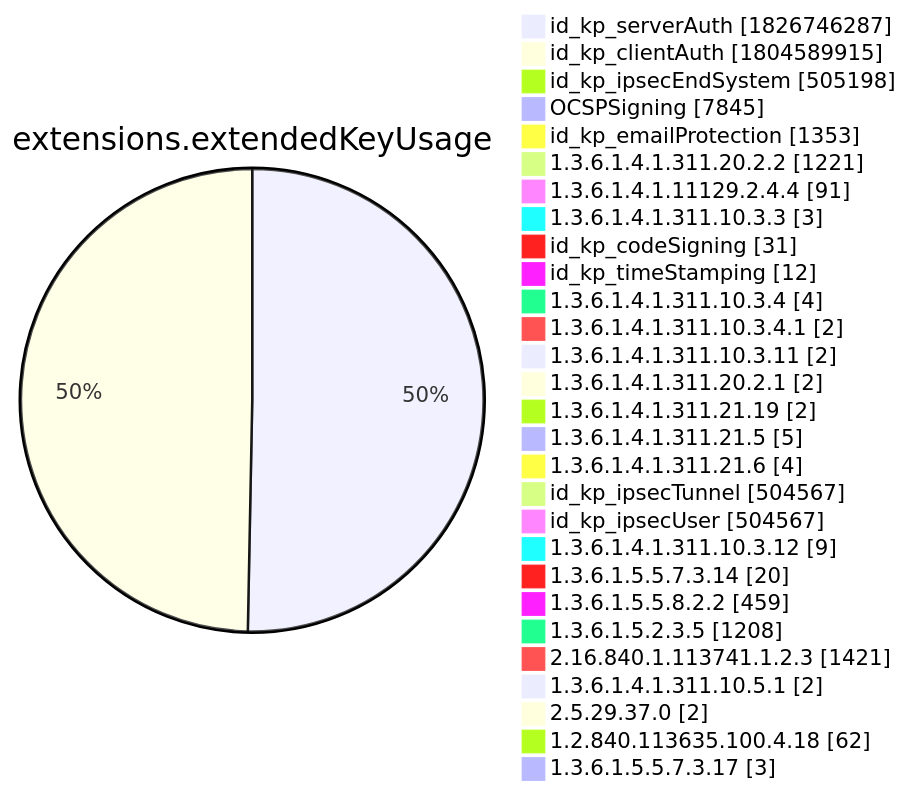
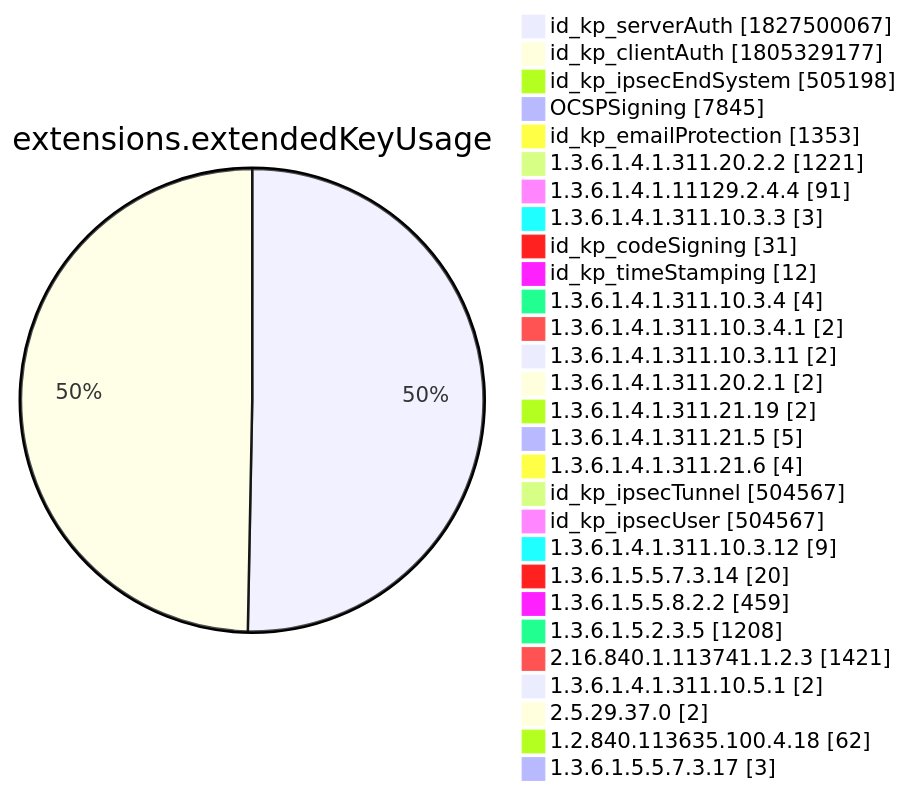
Before and after one commit to christiankrug/ctmonitor_visualization: diagram 12 of 15 in xenon2022/README.md, drawn with Mermaid. The commit also changed other lines of this file, not shown here.

````diff
--- a/xenon2022/README.md
+++ b/xenon2022/README.md
@@ -3895,32 +3895,32 @@
 ```mermaid
 pie showData
 title extensions.extendedKeyUsage
-"id_kp_serverAuth" :1826746287
-"id_kp_clientAuth" :1804589915
+"id_kp_serverAuth" :1827500067
+"id_kp_clientAuth" :1805329177
 "id_kp_ipsecEndSystem" :505198
 "OCSPSigning" :7845
 "id_kp_emailProtection" :1353
 "1.3.6.1.4.1.311.20.2.2" :1221
 "1.3.6.1.4.1.11129.2.4.4" :91
 "1.3.6.1.4.1.311.10.3.3" :3
 "id_kp_codeSigning" :31
 "id_kp_timeStamping" :12
 "1.3.6.1.4.1.311.10.3.4" :4
 "1.3.6.1.4.1.311.10.3.4.1" :2
 "1.3.6.1.4.1.311.10.3.11" :2
 "1.3.6.1.4.1.311.20.2.1" :2
 "1.3.6.1.4.1.311.21.19" :2
 "1.3.6.1.4.1.311.21.5" :5
 "1.3.6.1.4.1.311.21.6" :4
 "id_kp_ipsecTunnel" :504567
 "id_kp_ipsecUser" :504567
 "1.3.6.1.4.1.311.10.3.12" :9
 "1.3.6.1.5.5.7.3.14" :20
 "1.3.6.1.5.5.8.2.2" :459
 "1.3.6.1.5.2.3.5" :1208
 "2.16.840.1.113741.1.2.3" :1421
 "1.3.6.1.4.1.311.10.5.1" :2
 "2.5.29.37.0" :2
 "1.2.840.113635.100.4.18" :62
 "1.3.6.1.5.5.7.3.17" :3
 ```
````
